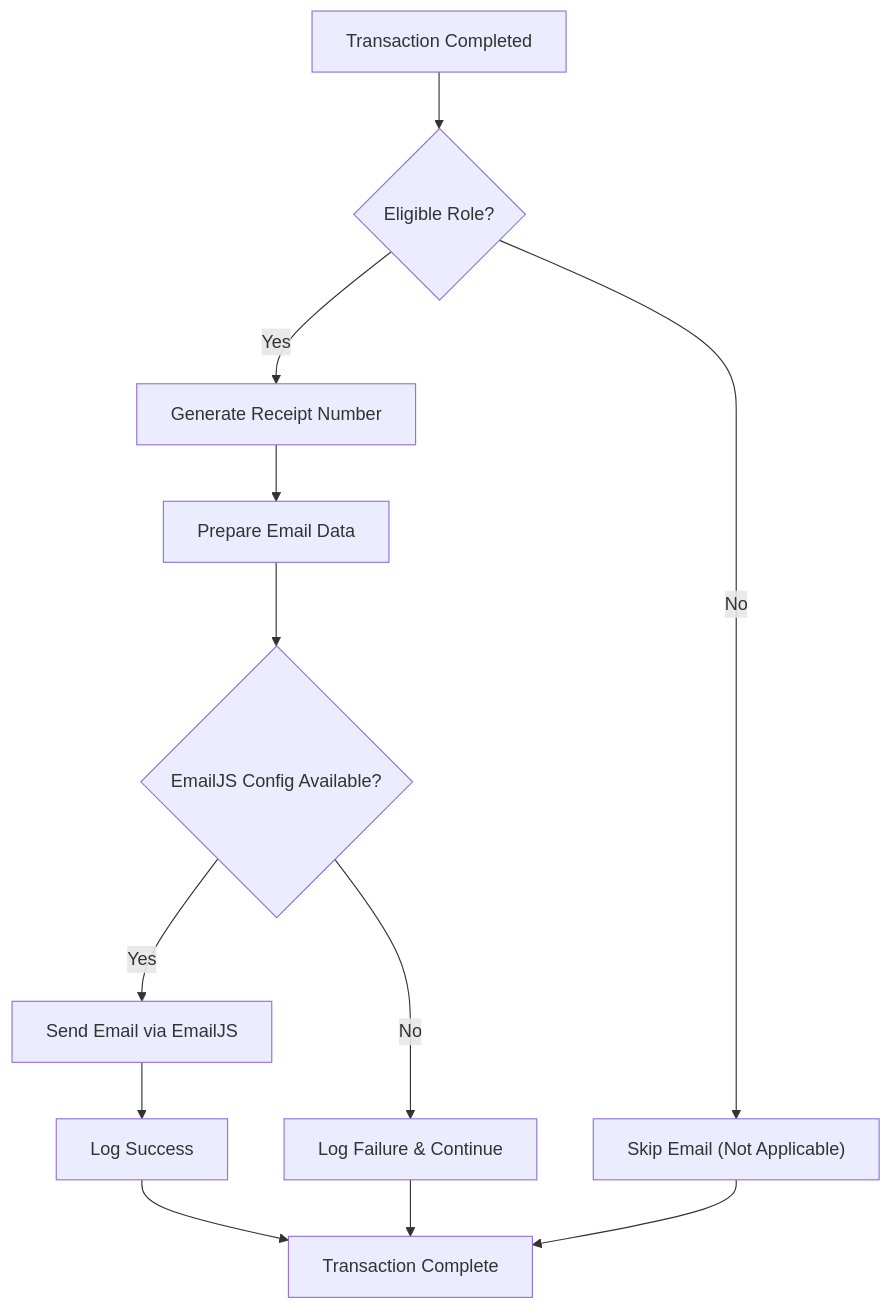
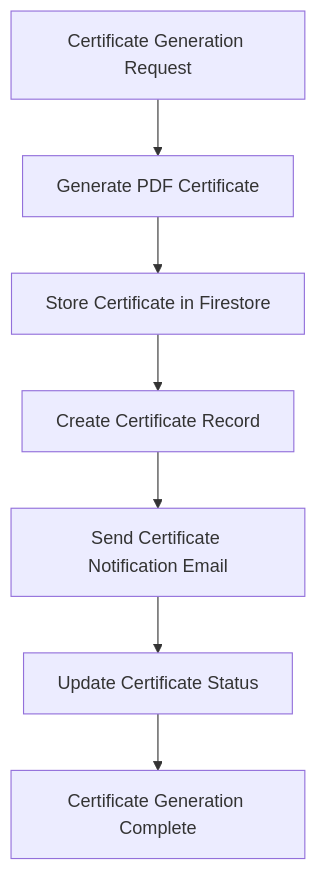
The fourth of 5 diagrams in .qoder/repowiki/en/content/Email & Notification System/Email & Notification System.md (Unsure-bry/sampacoop_system), drawn with Mermaid before and after one commit. The commit also changed other lines of this file and 24 other files, not shown here.

````diff
--- a/.qoder/repowiki/en/content/Email & Notification System/Email & Notification System.md
+++ b/.qoder/repowiki/en/content/Email & Notification System/Email & Notification System.md
@@ -231,14 +215,9 @@
 ```mermaid
 flowchart TD
-TxStart["Transaction Completed"] --> CheckRole{"Eligible Role?"}
-CheckRole --> |No| Skip["Skip Email (Not Applicable)"]
-CheckRole --> |Yes| GenReceipt["Generate Receipt Number"]
-GenReceipt --> PrepData["Prepare Email Data"]
-PrepData --> CheckConfig{"EmailJS Config Available?"}
-CheckConfig --> |No| LogFail["Log Failure & Continue"]
-CheckConfig --> |Yes| SendEmail["Send Email via EmailJS"]
-SendEmail --> LogSuccess["Log Success"]
-LogSuccess --> Complete["Transaction Complete"]
-LogFail --> Complete
-Skip --> Complete
+CertStart["Certificate Generation Request"] --> GenPDF["Generate PDF Certificate"]
+GenPDF --> StoreCert["Store Certificate in Firestore"]
+StoreCert --> CreateRecord["Create Certificate Record"]
+CreateRecord --> SendEmail["Send Certificate Notification Email"]
+SendEmail --> UpdateStatus["Update Certificate Status"]
+UpdateStatus --> Complete["Certificate Generation Complete"]
 ```
````
